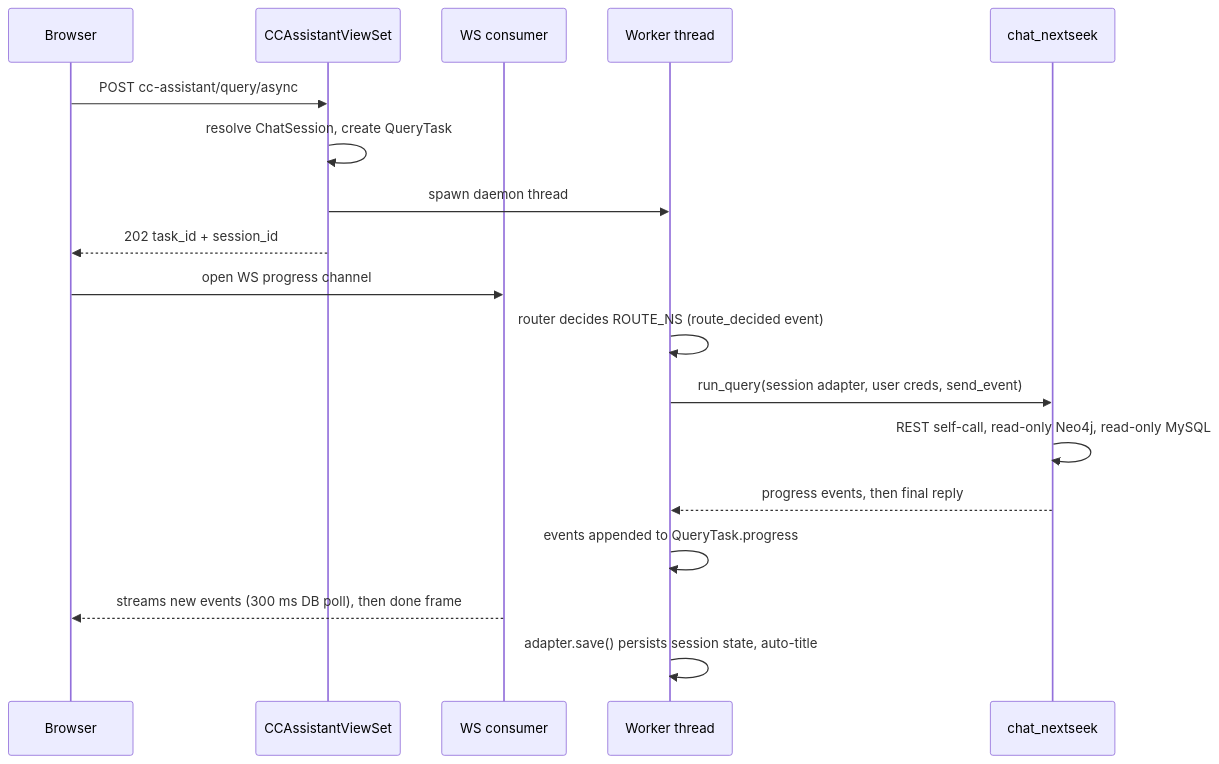
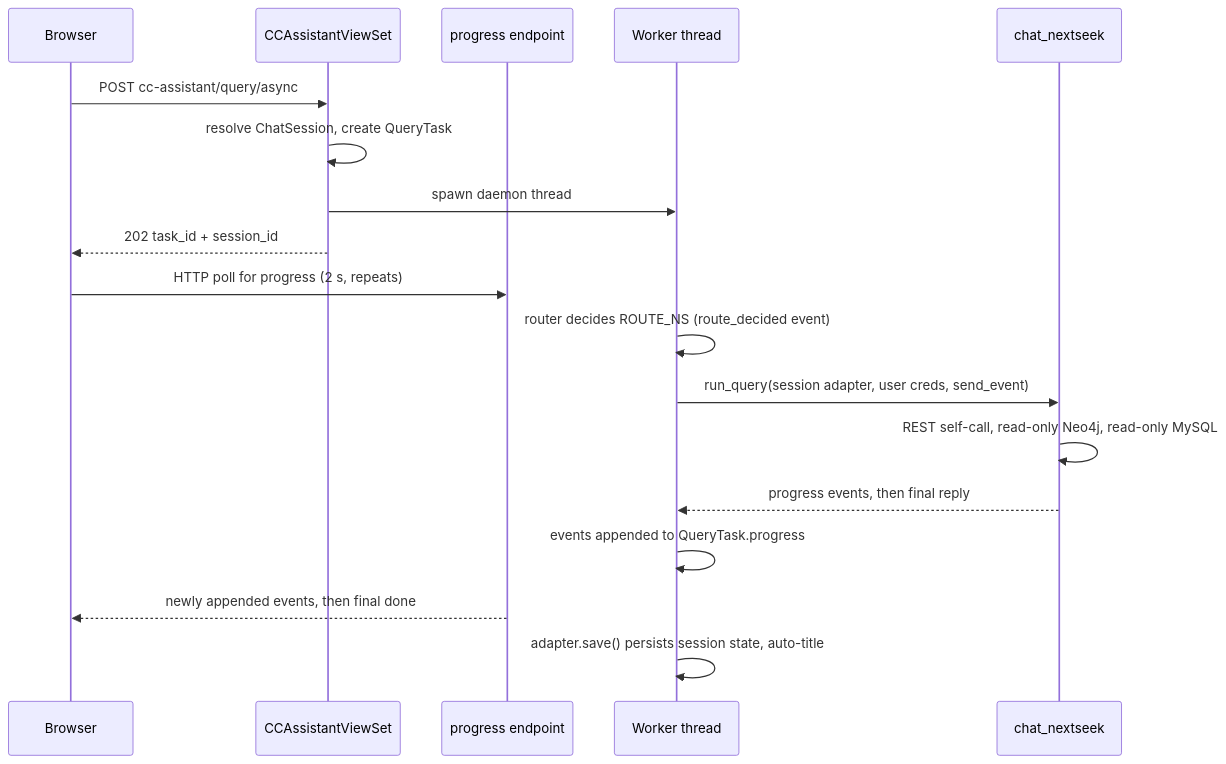
Before and after one commit to BioMicroCenter/NExtSEEK: the third of 4 diagrams in architecture.md, drawn with Mermaid. The commit also changed other lines of this file, not shown here.

First line of the commit message:
docs(assistant): apply verified corrections to architecture.md

````diff
--- a/architecture.md
+++ b/architecture.md
@@ -107,20 +107,20 @@
 ```mermaid
 sequenceDiagram
     participant B as Browser
     participant V as CCAssistantViewSet
-    participant W as WS consumer
+    participant P as progress endpoint
     participant T as Worker thread
     participant E as chat_nextseek
     B->>V: POST cc-assistant/query/async
     V->>V: resolve ChatSession, create QueryTask
     V->>T: spawn daemon thread
     V-->>B: 202 task_id + session_id
-    B->>W: open WS progress channel
+    B->>P: HTTP poll for progress (2 s, repeats)
     T->>T: router decides ROUTE_NS (route_decided event)
     T->>E: run_query(session adapter, user creds, send_event)
     E->>E: REST self-call, read-only Neo4j, read-only MySQL
     E-->>T: progress events, then final reply
     T->>T: events appended to QueryTask.progress
-    W-->>B: streams new events (300 ms DB poll), then done frame
+    P-->>B: newly appended events, then final done
     T->>T: adapter.save() persists session state, auto-title
 ```
````
